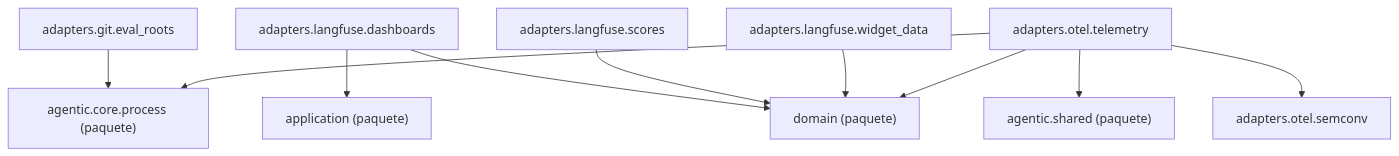
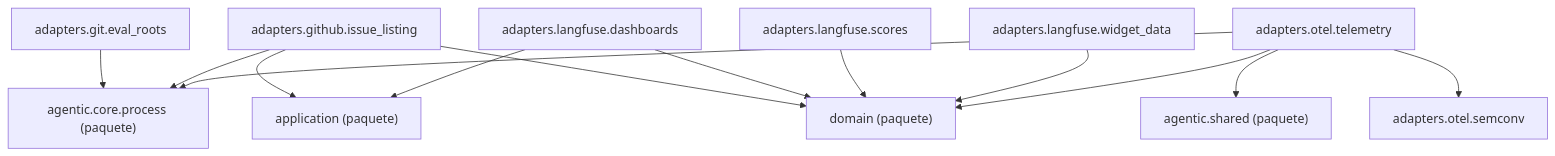
Before and after one commit to GonzaloZevallos/agentic-system: the diagram in docs/architecture/generated/packages-measurement-adapters.md, drawn with Mermaid. The commit also changed 12 other files, not shown here.

Commit message:
Keep times_for out of the measurement domain page, which is at its edge budget, and commit the regenerated architecture pages

````diff
--- a/docs/architecture/generated/packages-measurement-adapters.md
+++ b/docs/architecture/generated/packages-measurement-adapters.md
@@ -8,22 +8,26 @@
 ```mermaid
 graph TD
     g_pkg__agentic__core__process["agentic.core.process (paquete)"]
     g_pkg__agentic__shared["agentic.shared (paquete)"]
     g_pkg__application["application (paquete)"]
     g_pkg__domain["domain (paquete)"]
     m_adapters__git__eval_roots["adapters.git.eval_roots"]
+    m_adapters__github__issue_listing["adapters.github.issue_listing"]
     m_adapters__langfuse__dashboards["adapters.langfuse.dashboards"]
     m_adapters__langfuse__scores["adapters.langfuse.scores"]
     m_adapters__langfuse__widget_data["adapters.langfuse.widget_data"]
     m_adapters__otel__semconv["adapters.otel.semconv"]
     m_adapters__otel__telemetry["adapters.otel.telemetry"]
     m_adapters__git__eval_roots --> g_pkg__agentic__core__process
+    m_adapters__github__issue_listing --> g_pkg__agentic__core__process
+    m_adapters__github__issue_listing --> g_pkg__application
+    m_adapters__github__issue_listing --> g_pkg__domain
     m_adapters__langfuse__dashboards --> g_pkg__application
     m_adapters__langfuse__dashboards --> g_pkg__domain
     m_adapters__langfuse__scores --> g_pkg__domain
     m_adapters__langfuse__widget_data --> g_pkg__domain
     m_adapters__otel__telemetry --> g_pkg__agentic__core__process
     m_adapters__otel__telemetry --> g_pkg__agentic__shared
     m_adapters__otel__telemetry --> g_pkg__domain
     m_adapters__otel__telemetry --> m_adapters__otel__semconv
 ```
````
